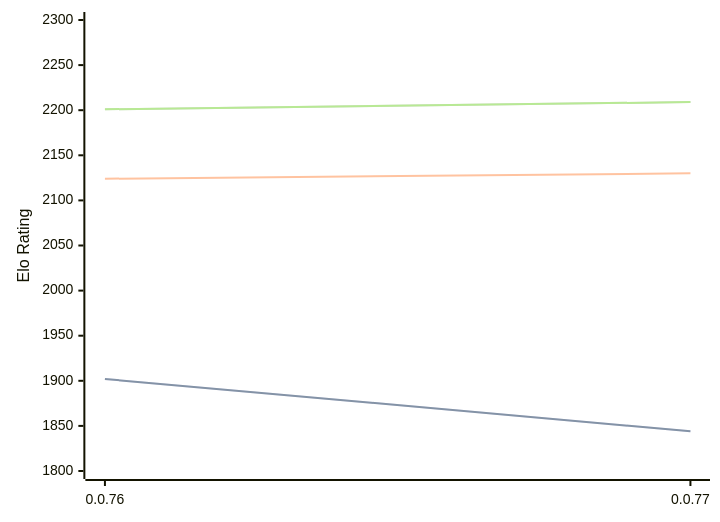
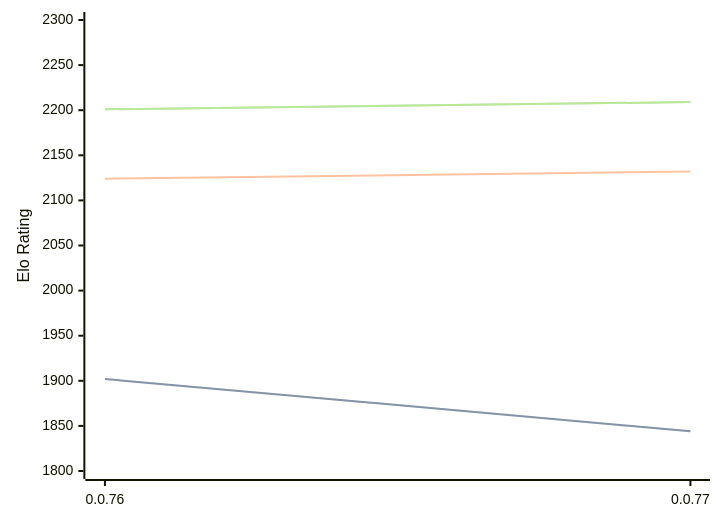
One commit to computer-chess-index/cci changed the diagram in engines/Fktb.md. Above: the diagram before and after it, drawn with Mermaid. The commit also changed other lines of this file, not shown here.

````diff
--- a/engines/Fktb.md
+++ b/engines/Fktb.md
@@ -32,11 +32,11 @@
 ```mermaid
 %%{init: {"theme":"base","themeVariables":{"seriesColors:['#a3a3a3','#222221','#faa371']}}}%%
 xychart-beta
   x-axis ["0.0.76", "0.0.77"]
   y-axis "Elo Rating" 1800 --> 2300
   line "STC (8.0+0.08s)" [1902, 1844]
   line "STC (8.0+0.08s)" [1902, 1844]
-  line "LTC (60.0+0.60s)" [2124, 2130]
+  line "LTC (60.0+0.60s)" [2124, 2132]
   line "VLTC (2m24s+1.12s)" [2201, 2209]
   line "VLTC (2m24s+1.12s)" [2201, 2209]
 ```
````
